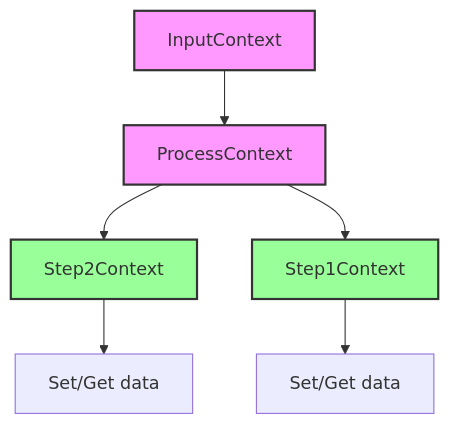
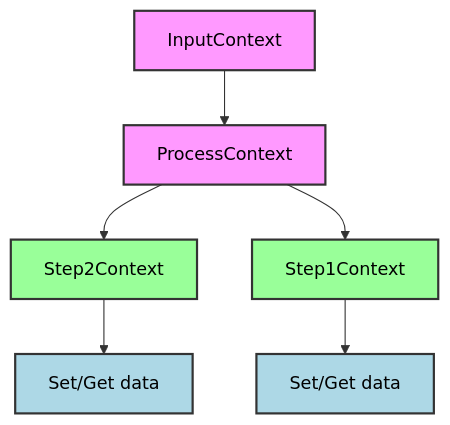
One commit to Bilibotter/light-flow changed the first of 2 diagrams in docs/Context.cn.md. Above: the diagram before and after it, drawn with Mermaid. The commit also changed other lines of this file and 10 other files, not shown here.

````diff
--- a/docs/Context.cn.md
+++ b/docs/Context.cn.md
@@ -26,16 +26,20 @@
 ```mermaid
+%%{init: {'theme': 'neutral', 'themeVariables': { 'primaryColor': '#333', 'lineColor': '#333', 'textColor': 'black' } } }%%
 flowchart TD
    A[InputContext] --> B[ProcessContext]
    B --> C[Step2Context]
    B --> D[Step1Context]
    C --> E[Set/Get data]
    D --> F[Set/Get data]
    
    A:::contextStyle
    B:::contextStyle
    C:::stepStyle
    D:::stepStyle
+   E:::methodStyle
+   F:::methodStyle
 
    classDef contextStyle fill:#f9f,stroke:#333,stroke-width:2px;
    classDef stepStyle fill:#9f9,stroke:#333,stroke-width:2px;
+   classDef methodStyle fill:#ADD8E6,stroke:#333,stroke-width:2px;
 ```
````
